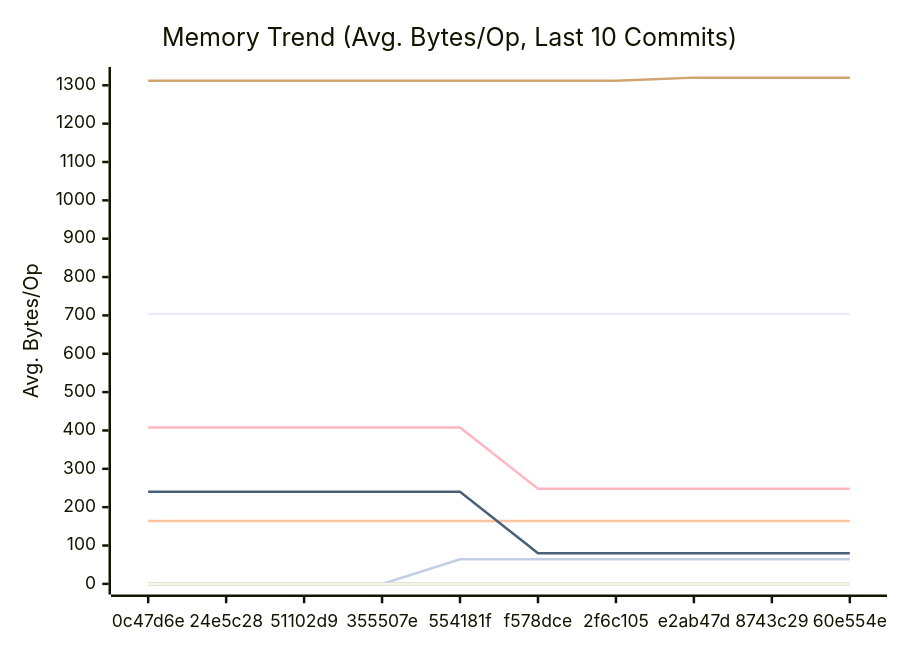
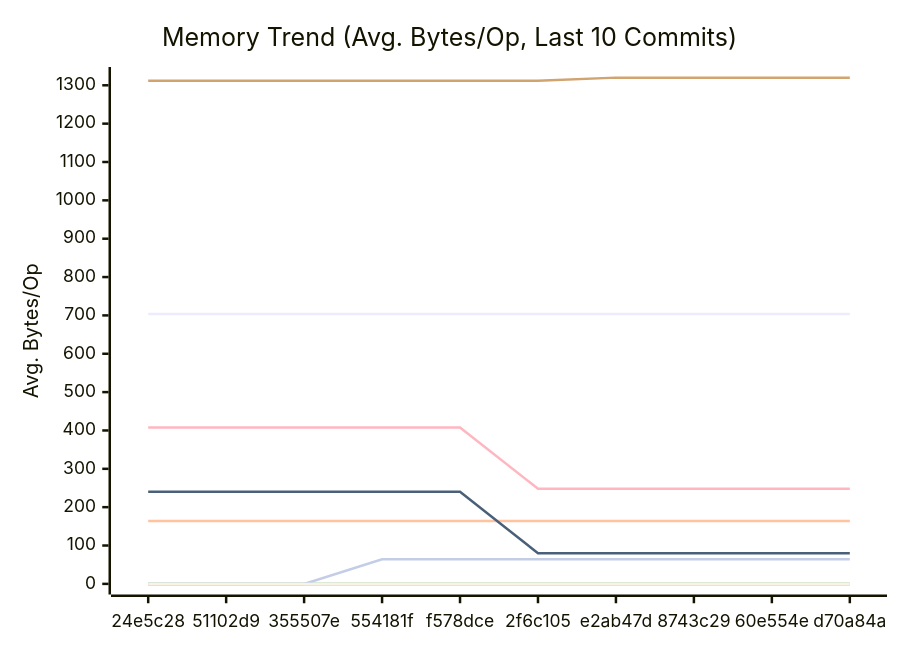
Before and after one commit to alsotoes/momo: the second of 3 diagrams in docs/PERFORMANCE.md, drawn with Mermaid. The commit also changed other lines of this file and 3 other files, not shown here.

````diff
--- a/docs/PERFORMANCE.md
+++ b/docs/PERFORMANCE.md
@@ -152,18 +152,18 @@
 ```mermaid
 xychart-beta
     title "Memory Trend (Avg. Bytes/Op, Last 10 Commits)"
     x-axis "Commit"
     y-axis "Avg. Bytes/Op"
-    x-axis [0c47d6e,24e5c28,51102d9,355507e,554181f,f578dce,2f6c105,e2ab47d,8743c29,60e554e]
+    x-axis [24e5c28,51102d9,355507e,554181f,f578dce,2f6c105,e2ab47d,8743c29,60e554e,d70a84a]
     line "CheckMetricsAndSwap" [0,0,0,0,0,0,0,0,0,0]
     line "CrushOptimized" [0,0,0,0,0,0,0,0,0,0]
     line "CrushOriginal" [164,164,164,164,164,164,164,164,164,164]
     line "IndexDirectTracking" [0,0,0,0,0,0,0,0,0,0]
     line "IndexSearch" [0,0,0,0,0,0,0,0,0,0]
-    line "LoadGlobalConfig" [1312,1312,1312,1312,1312,1312,1312,1320,1320,1320]
-    line "PadString" [0,0,0,0,64,64,64,64,64,64]
+    line "LoadGlobalConfig" [1312,1312,1312,1312,1312,1312,1320,1320,1320,1320]
+    line "PadString" [0,0,0,64,64,64,64,64,64,64]
     line "ParseReplicationOrder_NoPrealloc" [408,408,408,408,408,248,248,248,248,248]
     line "ParseReplicationOrder_Prealloc" [240,240,240,240,240,80,80,80,80,80]
     line "SanitizeLog/Safe" [0,0,0,0,0,0,0,0,0,0]
     line "SanitizeLog/Unsafe" [704,704,704,704,704,704,704,704,704,704]
 ```
````
